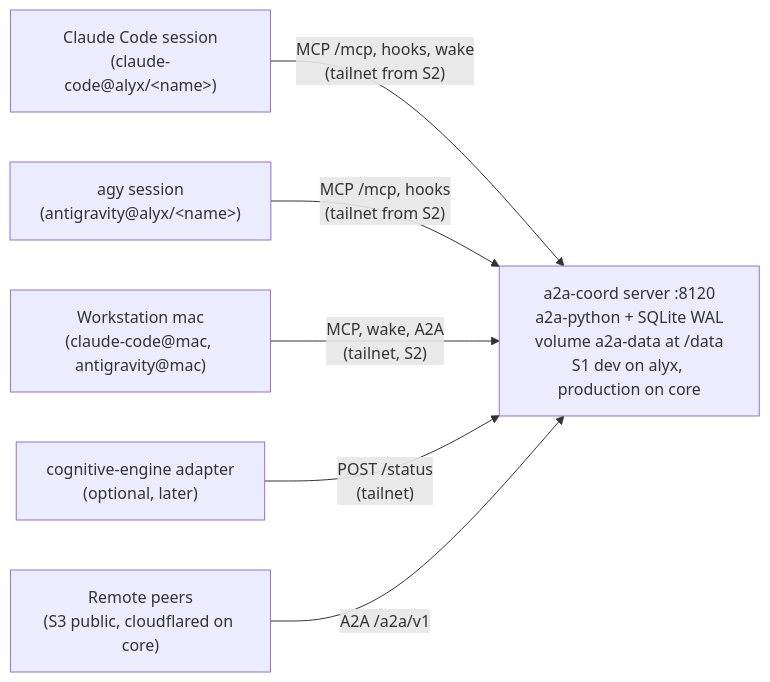
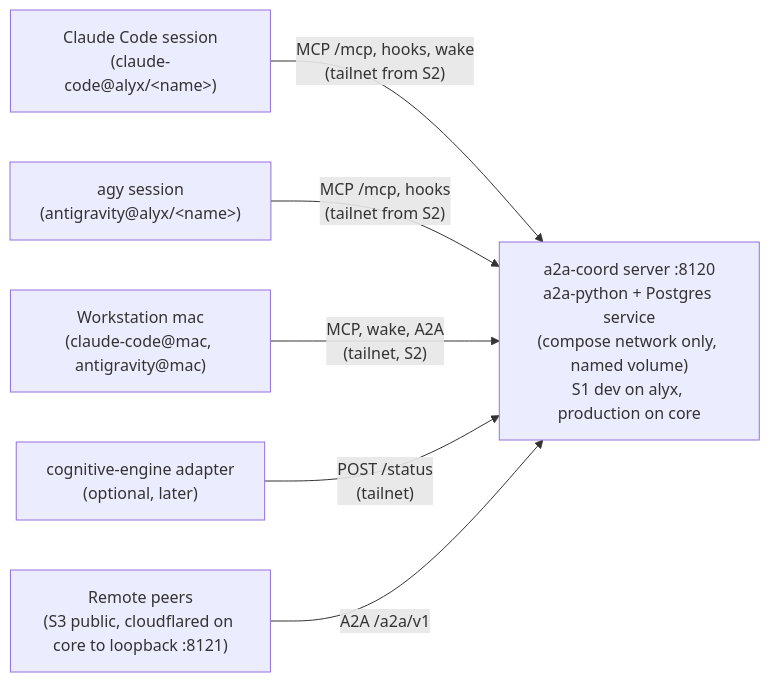
The first of 2 diagrams in plugins/coordination/docs/plans/consolidated-bridge-v2-plan.md (rockad/agentic-hub), drawn with Mermaid before and after one commit. The commit also changed other lines of this file and 7 other files, not shown here.

````diff
--- a/plugins/coordination/docs/plans/consolidated-bridge-v2-plan.md
+++ b/plugins/coordination/docs/plans/consolidated-bridge-v2-plan.md
@@ -27,9 +27,9 @@
 ```mermaid
 flowchart LR
     CC["Claude Code session<br/>(claude-code@alyx/&lt;name&gt;)"] -->|"MCP /mcp, hooks, wake<br/>(tailnet from S2)"| SRV
     AGY["agy session<br/>(antigravity@alyx/&lt;name&gt;)"] -->|"MCP /mcp, hooks<br/>(tailnet from S2)"| SRV
     MAC["Workstation mac<br/>(claude-code@mac, antigravity@mac)"] -->|"MCP, wake, A2A<br/>(tailnet, S2)"| SRV
-    SRV["a2a-coord server :8120<br/>a2a-python + SQLite WAL<br/>volume a2a-data at /data<br/>S1 dev on alyx, production on core"]
+    SRV["a2a-coord server :8120<br/>a2a-python + Postgres service<br/>(compose network only, named volume)<br/>S1 dev on alyx, production on core"]
     CE["cognitive-engine adapter<br/>(optional, later)"] -->|"POST /status<br/>(tailnet)"| SRV
-    REM["Remote peers<br/>(S3 public, cloudflared on core)"] -->|"A2A /a2a/v1"| SRV
+    REM["Remote peers<br/>(S3 public, cloudflared on core to loopback :8121)"] -->|"A2A /a2a/v1"| SRV
 ```
````
